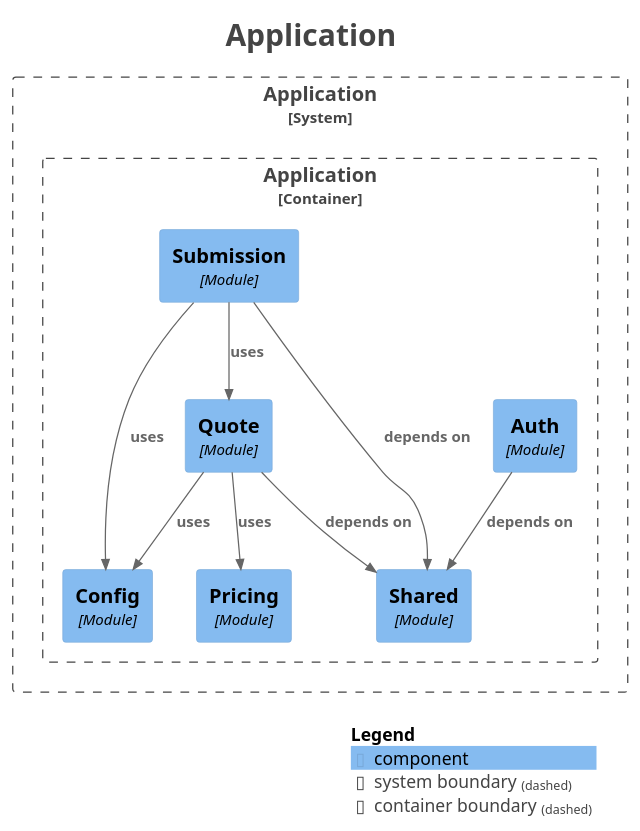
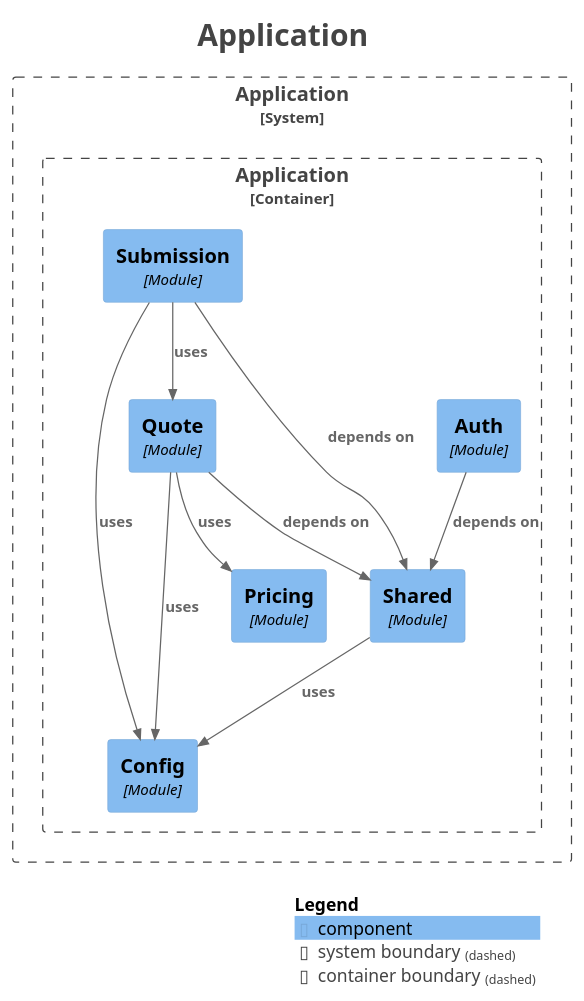
Before and after one commit to migangdelzar/insurance-quotes-service: the diagram in docs/architecture/modules/components.puml, drawn with PlantUML. The commit also changed 21 other files, not shown here.

```diff
--- a/docs/architecture/modules/components.puml
+++ b/docs/architecture/modules/components.puml
@@ -1,40 +1,41 @@
 @startuml
 title <size:24>Application</size>
 
 set separator none
 top to bottom direction
 
 <style>
   root {
     BackgroundColor: #ffffff
     FontColor: #444444
   }
 </style>
 
 !include <C4/C4>
 !include <C4/C4_Context>
 !include <C4/C4_Component>
 
 System_Boundary("Application_boundary", "Application", $tags="") {
   Container_Boundary("Application.Application_boundary", "Application", $tags="") {
     Component(Application.Application.Config, "Config", $techn="Module", $descr="", $tags="", $link="")
     Component(Application.Application.Pricing, "Pricing", $techn="Module", $descr="", $tags="", $link="")
     Component(Application.Application.Shared, "Shared", $techn="Module", $descr="", $tags="", $link="")
     Component(Application.Application.Auth, "Auth", $techn="Module", $descr="", $tags="", $link="")
     Component(Application.Application.Quote, "Quote", $techn="Module", $descr="", $tags="", $link="")
     Component(Application.Application.Submission, "Submission", $techn="Module", $descr="", $tags="", $link="")
   }
 
 }
 
+Rel(Application.Application.Quote, Application.Application.Config, "uses", $techn="", $tags="", $link="")
+Rel(Application.Application.Quote, Application.Application.Pricing, "uses", $techn="", $tags="", $link="")
+Rel(Application.Application.Shared, Application.Application.Config, "uses", $techn="", $tags="", $link="")
+Rel(Application.Application.Auth, Application.Application.Shared, "depends on", $techn="", $tags="", $link="")
 Rel(Application.Application.Submission, Application.Application.Shared, "depends on", $techn="", $tags="", $link="")
 Rel(Application.Application.Submission, Application.Application.Quote, "uses", $techn="", $tags="", $link="")
 Rel(Application.Application.Submission, Application.Application.Config, "uses", $techn="", $tags="", $link="")
 Rel(Application.Application.Quote, Application.Application.Shared, "depends on", $techn="", $tags="", $link="")
-Rel(Application.Application.Quote, Application.Application.Config, "uses", $techn="", $tags="", $link="")
-Rel(Application.Application.Quote, Application.Application.Pricing, "uses", $techn="", $tags="", $link="")
-Rel(Application.Application.Auth, Application.Application.Shared, "depends on", $techn="", $tags="", $link="")
 
 SHOW_LEGEND(true)
 hide stereotypes
 @enduml
```
